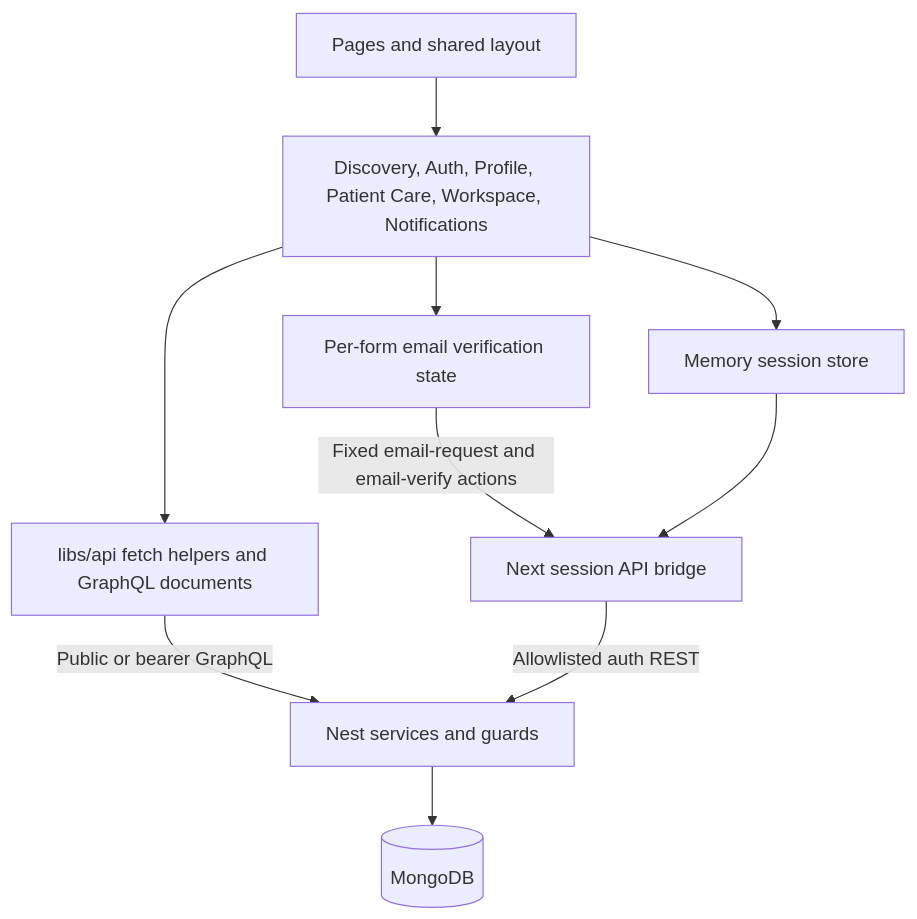
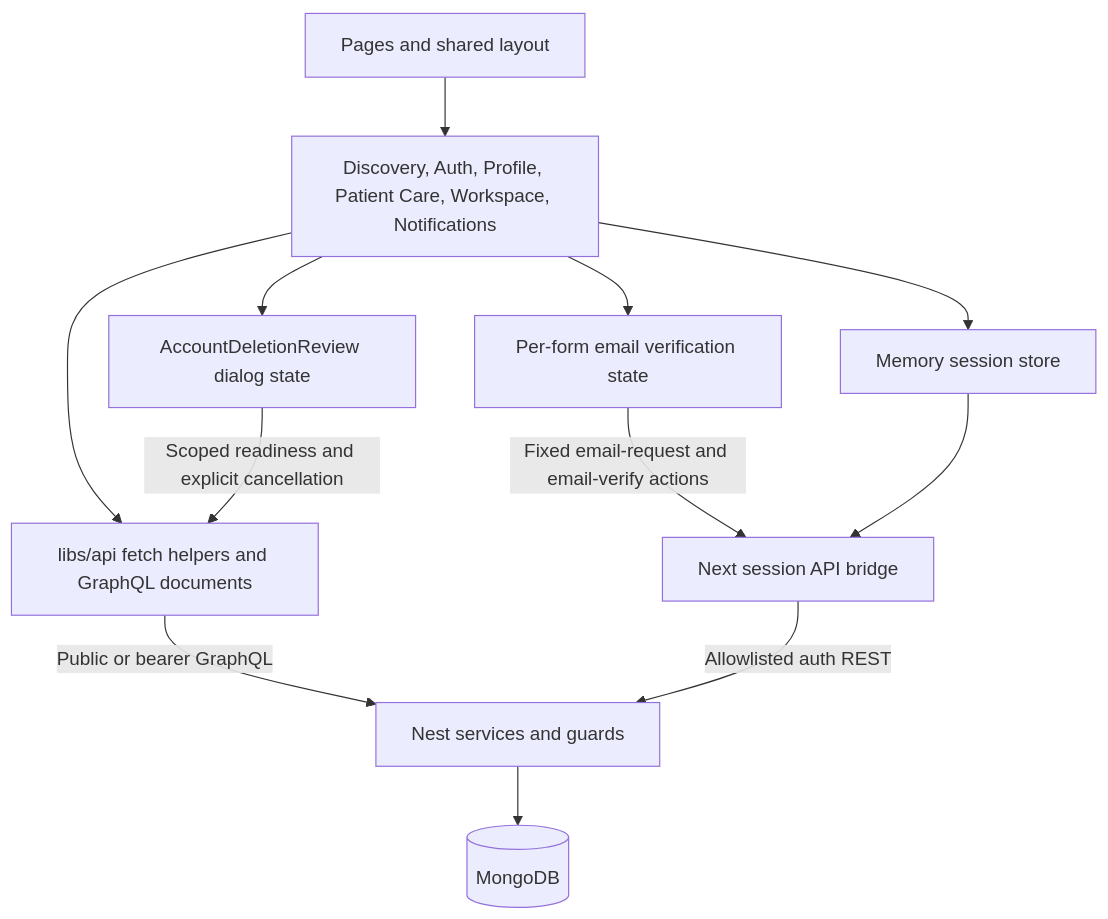
Before and after one commit to aaronkr-2026-2/cbnu-soft-eng-software-engineering-project-group-1: the first of 2 diagrams in docs/architecture/architecture-next.md, drawn with Mermaid. The commit also changed other lines of this file and 11 other files, not shown here.

Commit message:
feat(next): add account deletion commitment dialog

````diff
--- a/docs/architecture/architecture-next.md
+++ b/docs/architecture/architecture-next.md
@@ -16,12 +16,14 @@
 ```mermaid
 flowchart TD
   Routes[Pages and shared layout] --> Features[Discovery, Auth, Profile, Patient Care, Workspace, Notifications]
   Features --> Transport[libs/api fetch helpers and GraphQL documents]
   Features --> Session[Memory session store]
+  Features --> DeletionReview[AccountDeletionReview dialog state]
+  DeletionReview -->|Scoped readiness and explicit cancellation| Transport
   Features --> Verification[Per-form email verification state]
   Verification -->|Fixed email-request and email-verify actions| Bridge
   Session --> Bridge[Next session API bridge]
   Transport -->|Public or bearer GraphQL| Nest[Nest services and guards]
   Bridge -->|Allowlisted auth REST| Nest
   Nest --> DB[(MongoDB)]
 ```
````
